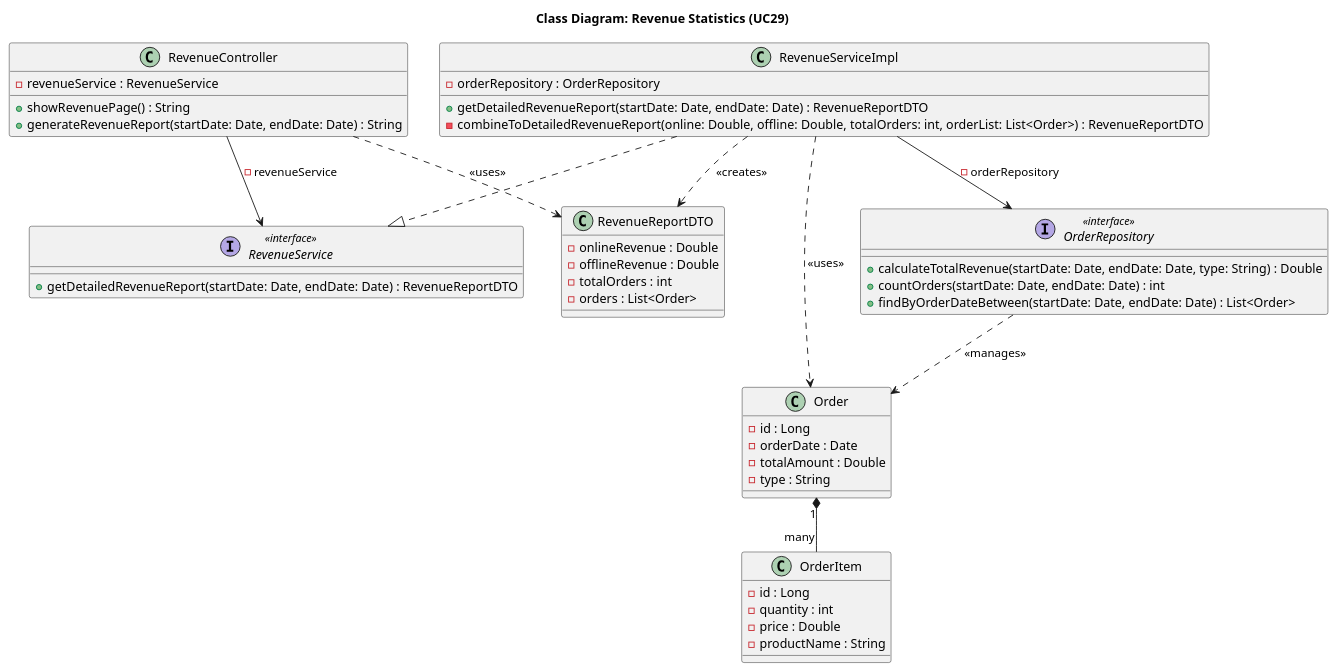
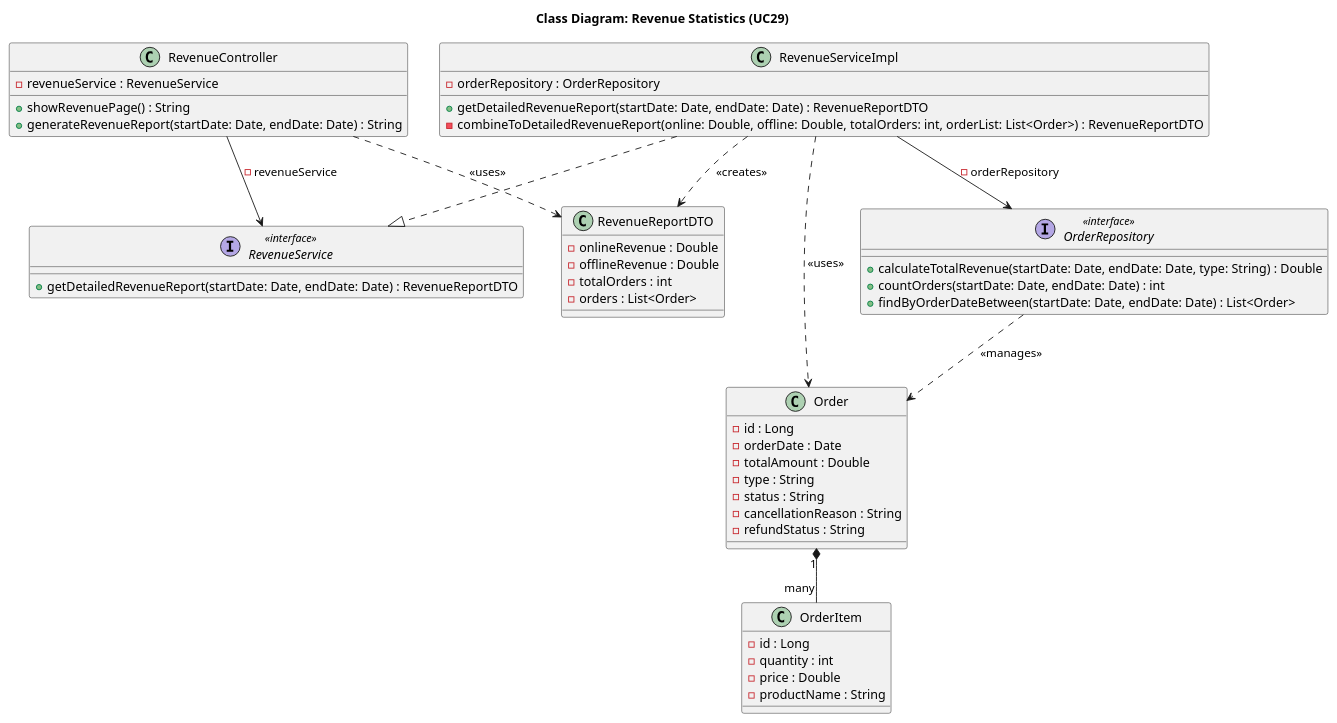
One commit to Peterdir/fashion-store-system changed the diagram in src/main/java/org/example/fashionstoresystem/uml/Class/CD29_RevenueStatistics.puml. Above: the diagram before and after it, drawn with PlantUML. The commit also changed 10 other files, not shown here.

Commit message:
Update Entity and Diagram

```diff
--- a/src/main/java/org/example/fashionstoresystem/uml/Class/CD29_RevenueStatistics.puml
+++ b/src/main/java/org/example/fashionstoresystem/uml/Class/CD29_RevenueStatistics.puml
@@ -1,70 +1,73 @@
 @startuml
 title Class Diagram: Revenue Statistics (UC29)
 
 ' Controller
 class RevenueController {
     - revenueService : RevenueService
     + showRevenuePage() : String
     + generateRevenueReport(startDate: Date, endDate: Date) : String
 }
 
 ' Service
 interface RevenueService <<interface>> {
     + getDetailedRevenueReport(startDate: Date, endDate: Date) : RevenueReportDTO
 }
 
 class RevenueServiceImpl {
     - orderRepository : OrderRepository
     + getDetailedRevenueReport(startDate: Date, endDate: Date) : RevenueReportDTO
     - combineToDetailedRevenueReport(online: Double, offline: Double, totalOrders: int, orderList: List<Order>) : RevenueReportDTO
 }
 
 ' Repository
 interface OrderRepository <<interface>> {
     + calculateTotalRevenue(startDate: Date, endDate: Date, type: String) : Double
     + countOrders(startDate: Date, endDate: Date) : int
     + findByOrderDateBetween(startDate: Date, endDate: Date) : List<Order>
 }
 
 ' Entity & DTO
 class RevenueReportDTO {
     - onlineRevenue : Double
     - offlineRevenue : Double
     - totalOrders : int
     - orders : List<Order>
 }
 
 class Order {
     - id : Long
     - orderDate : Date
     - totalAmount : Double
     - type : String
+    - status : String
+    - cancellationReason : String
+    - refundStatus : String
 }
 
 class OrderItem {
     - id : Long
     - quantity : int
     - price : Double
     - productName : String
 }
 
 ' Relationships
 
 ' Composition (Order contains OrderItems)
 Order "1" *-- "many" OrderItem
 
 ' Implementation
 RevenueServiceImpl ..|> RevenueService
 
 ' Dependency Injection
 RevenueController --> RevenueService : - revenueService
 RevenueServiceImpl --> OrderRepository : - orderRepository
 
 ' Object Usage
 RevenueController ..> RevenueReportDTO : <<uses>>
 RevenueServiceImpl ..> RevenueReportDTO : <<creates>>
 
 OrderRepository ..> Order : <<manages>>
 RevenueServiceImpl ..> Order : <<uses>>
 
 @enduml
```
